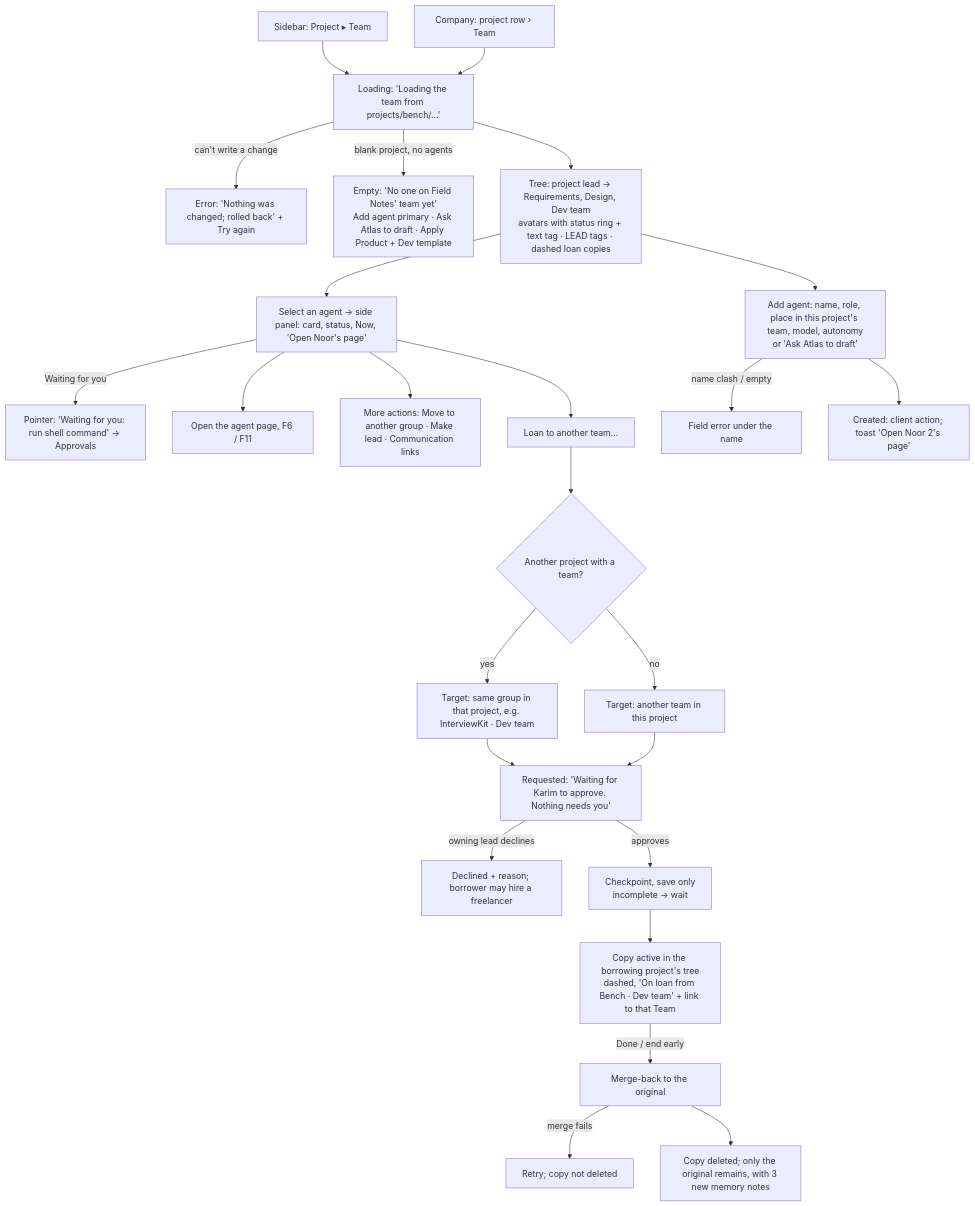
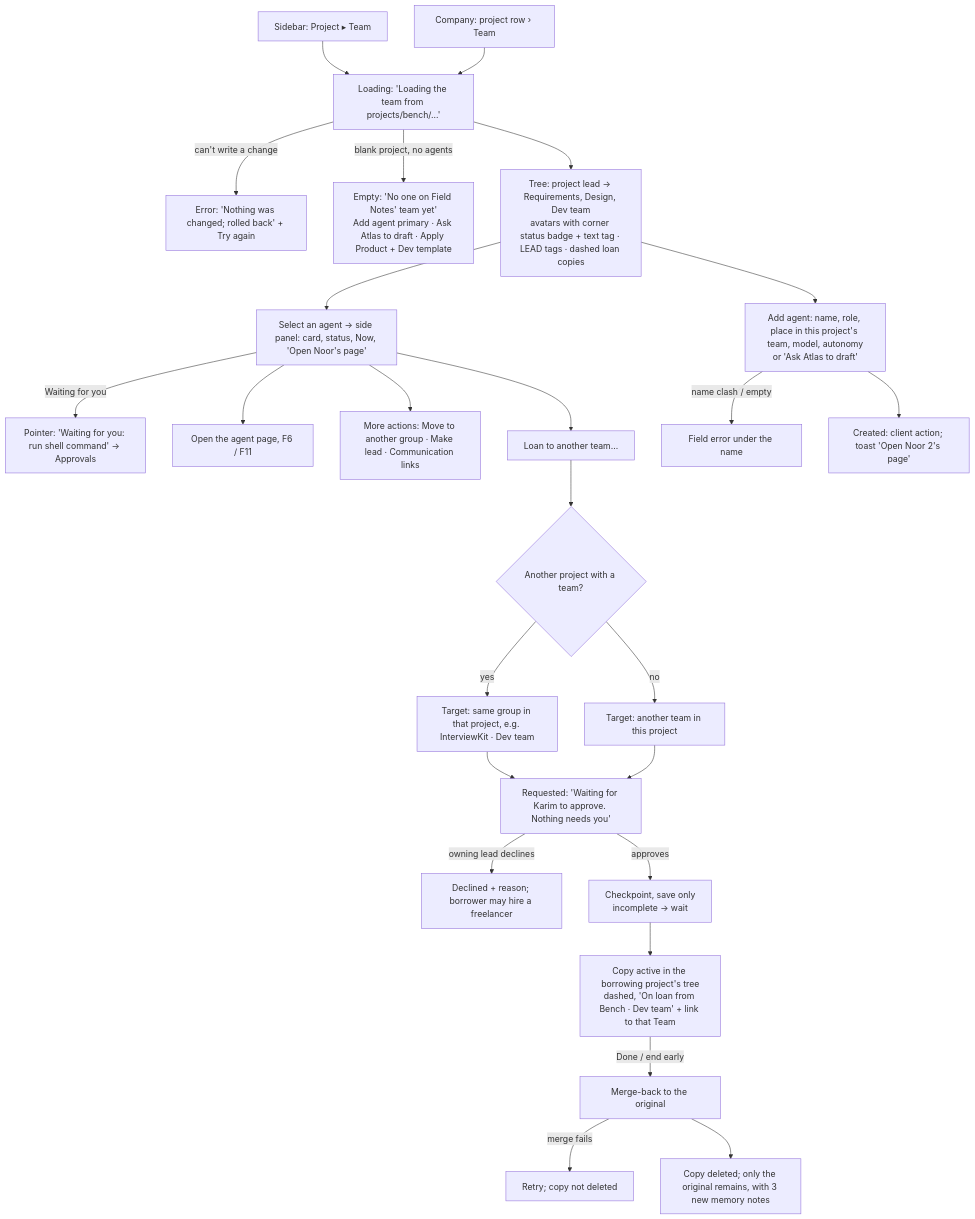
Before and after one commit to Majd-Alhakim/bench: diagram 11 of 12 in docs/design/ux/README.md, drawn with Mermaid. The commit also changed other lines of this file and 4 other files, not shown here.

First line of the commit message:
docs(ux): prototype v0.4, status badges and non-human shape avatars with eyes

````diff
--- a/docs/design/ux/README.md
+++ b/docs/design/ux/README.md
@@ -395,25 +395,25 @@
 ```mermaid
 flowchart TD
   S0[Sidebar: Project ▸ Team] --> L0[Loading: 'Loading the team from projects/bench/…']
   C0[Company: project row › Team] --> L0
   L0 -->|can't write a change| E0[Error: 'Nothing was changed; rolled back' + Try again]
   L0 -->|blank project, no agents| A0[Empty: 'No one on Field Notes' team yet'<br/>Add agent primary · Ask Atlas to draft · Apply Product + Dev template]
-  L0 --> T[Tree: project lead → Requirements, Design, Dev team<br/>avatars with status ring + text tag · LEAD tags · dashed loan copies]
+  L0 --> T[Tree: project lead → Requirements, Design, Dev team<br/>avatars with corner status badge + text tag · LEAD tags · dashed loan copies]
   T --> N[Select an agent → side panel: card, status, Now, 'Open Noor's page']
   N -->|Waiting for you| WP[Pointer: 'Waiting for you: run shell command' → Approvals]
   N --> OP[Open the agent page, F6 / F11]
   T --> AA[Add agent: name, role, place in this project's team, model, autonomy<br/>or 'Ask Atlas to draft']
   AA -->|name clash / empty| E1[Field error under the name]
   AA --> SV[Created: client action; toast 'Open Noor 2's page']
   N --> MA[More actions: Move to another group · Make lead · Communication links]
   N --> LN[Loan to another team…]
   LN --> TG{Another project with a team?}
   TG -->|yes| TO[Target: same group in that project, e.g. InterviewKit · Dev team]
   TG -->|no| TI[Target: another team in this project]
   TO --> R[Requested: 'Waiting for Karim to approve. Nothing needs you']
   TI --> R
   R -->|owning lead declines| DC[Declined + reason; borrower may hire a freelancer]
   R -->|approves| CP[Checkpoint, save only<br/>incomplete → wait] --> CA[Copy active in the borrowing project's tree<br/>dashed, 'On loan from Bench · Dev team' + link to that Team]
   CA -->|Done / end early| MB[Merge-back to the original] -->|merge fails| E2[Retry; copy not deleted]
   MB --> DL[Copy deleted; only the original remains, with 3 new memory notes]
 ```
````
